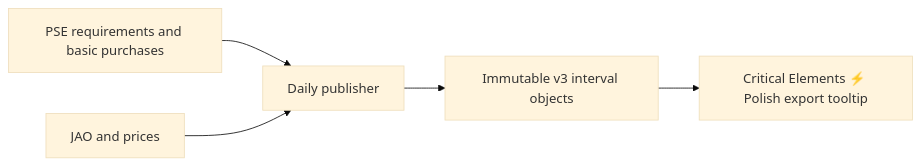
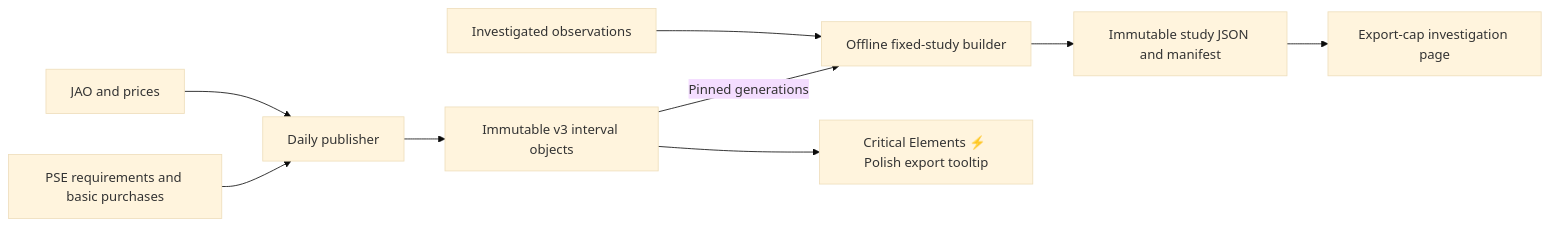
Before and after one commit to zoltanmaric/coppersushi: the diagram in coppersushi/pipelines/cnec/README.md, drawn with Mermaid (base theme). The commit also changed other lines of this file and 42 other files, not shown here.

Commit message:
Add fixed Polish export-cap investigation page

````diff
--- a/coppersushi/pipelines/cnec/README.md
+++ b/coppersushi/pipelines/cnec/README.md
@@ -20,7 +20,11 @@
 ```mermaid
 flowchart LR
     PSE["PSE requirements and basic purchases"] --> Publisher["Daily publisher"]
     Market["JAO and prices"] --> Publisher
     Publisher --> Objects["Immutable v3 interval objects"]
+    Objects -->|Pinned generations| Study["Offline fixed-study builder"]
+    Baseline["Investigated observations"] --> Study
+    Study --> Artifact["Immutable study JSON and manifest"]
+    Artifact --> Page["Export-cap investigation page"]
     Objects --> Tooltip["Critical Elements ⚡️ Polish export tooltip"]
 ```
````
